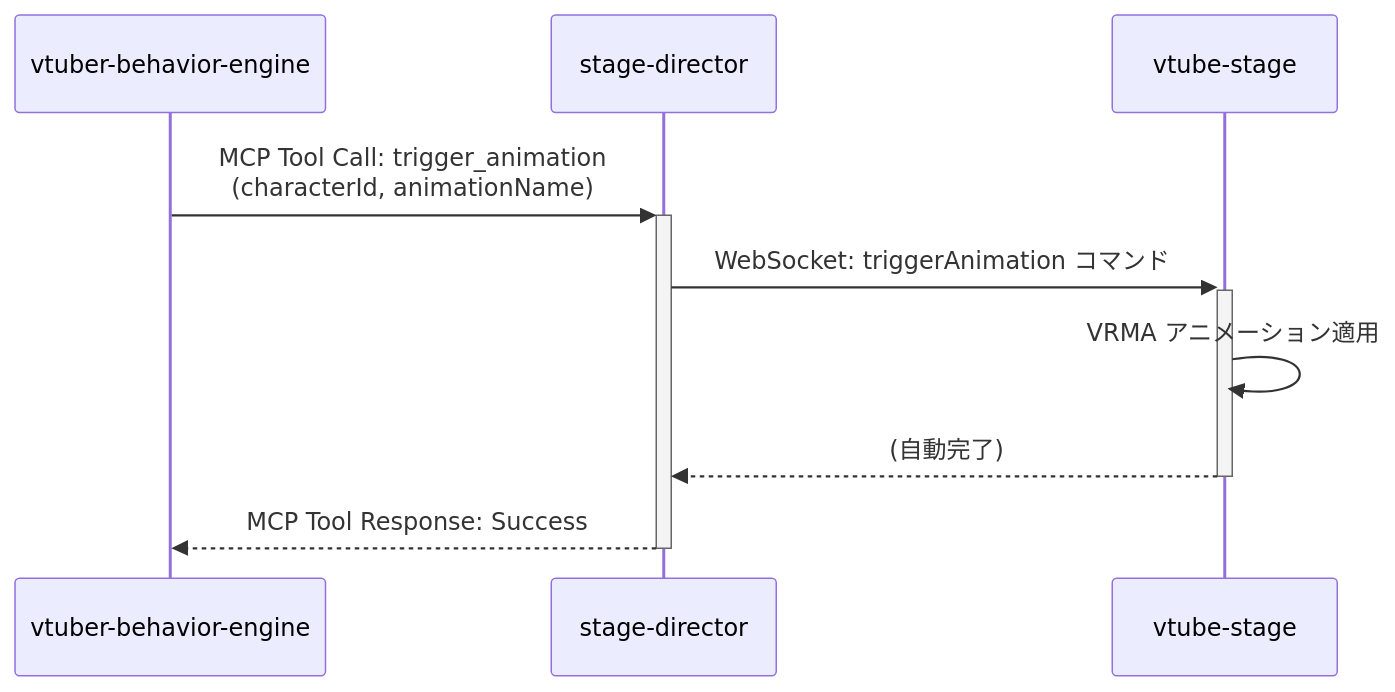
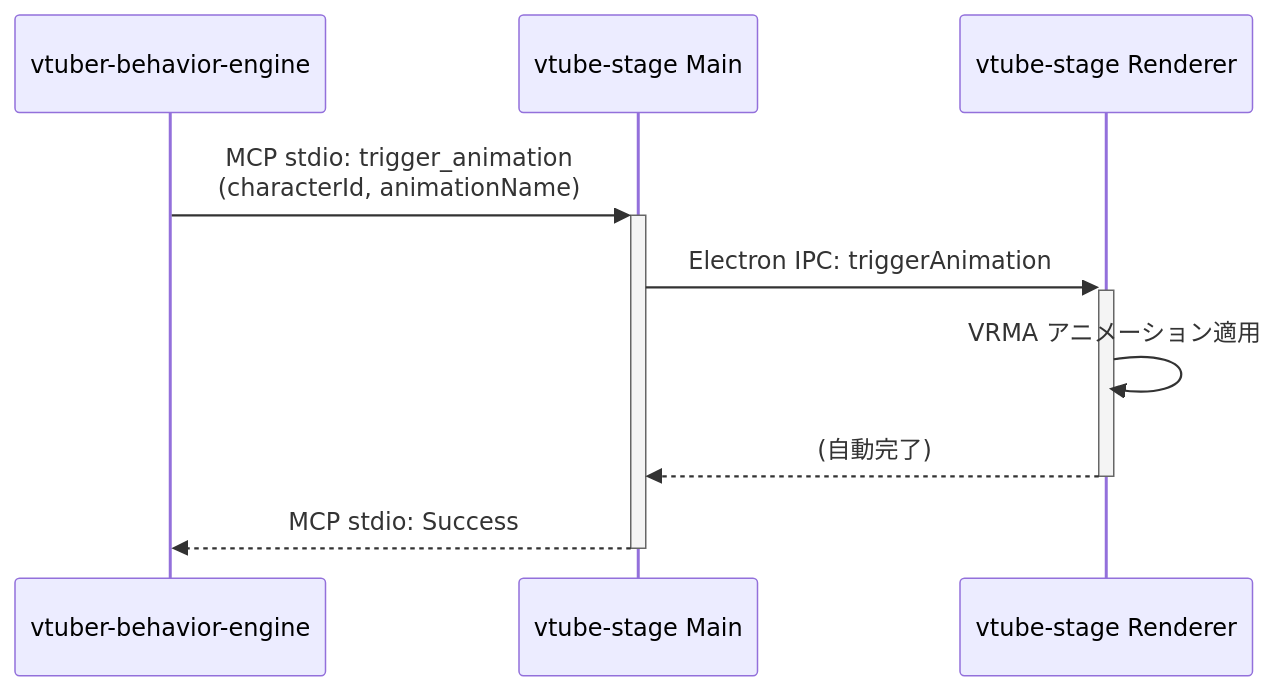
Before and after one commit to LongbowXXX/ai-tuber: the second of 3 diagrams in docs/architecture/key-flows.md, drawn with Mermaid. The commit also changed other lines of this file and 14 other files, not shown here.

````diff
--- a/docs/architecture/key-flows.md
+++ b/docs/architecture/key-flows.md
@@ -65,12 +64,12 @@
 ```mermaid
 sequenceDiagram
     participant VBE as vtuber-behavior-engine
-    participant SD as stage-director
-    participant VS as vtube-stage
+    participant Main as vtube-stage Main
+    participant Renderer as vtube-stage Renderer
 
-    VBE ->>+ SD: MCP Tool Call: trigger_animation<br/>(characterId, animationName)
-    SD ->>+ VS: WebSocket: triggerAnimation コマンド
-    VS ->> VS: VRMA アニメーション適用
-    VS -->>- SD: (自動完了)
-    SD -->>- VBE: MCP Tool Response: Success
+    VBE ->>+ Main: MCP stdio: trigger_animation<br/>(characterId, animationName)
+    Main ->>+ Renderer: Electron IPC: triggerAnimation
+    Renderer ->> Renderer: VRMA アニメーション適用
+    Renderer -->>- Main: (自動完了)
+    Main -->>- VBE: MCP stdio: Success
 ```
````
